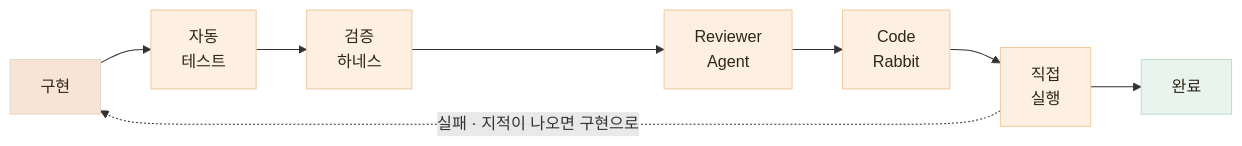
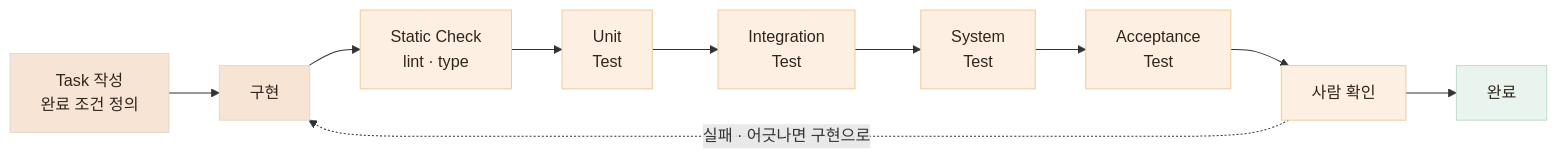
One commit to Jinacker/PortFolio changed the first of 2 diagrams in public/mds/ai-workflow/verify.md. Above: the diagram before and after it, drawn with Mermaid. The commit also changed other lines of this file and 1 other file, not shown here.

First line of the commit message:
[DOCS] AI 검증 문서를 소프트웨어 테스트 단계 중심으로 재구성

````diff
--- a/public/mds/ai-workflow/verify.md
+++ b/public/mds/ai-workflow/verify.md
@@ -16,13 +16,15 @@
 ```mermaid
 flowchart LR
-    I["구현"] --> T["자동<br/>테스트"] --> H["검증<br/>하네스"] --> RV["Reviewer<br/>Agent"] --> CR["Code<br/>Rabbit"] --> RUN["직접<br/>실행"] --> DONE["완료"]
-    RUN -.->|"실패 · 지적이 나오면 구현으로"| I
+    T["Task 작성<br/>완료 조건 정의"] --> I["구현"] --> ST["Static Check<br/>lint · type"] --> U["Unit<br/>Test"] --> IT["Integration<br/>Test"] --> SY["System<br/>Test"] --> AC["Acceptance<br/>Test"] --> HM["사람 확인"] --> DONE["완료"]
+    HM -.->|"실패 · 어긋나면 구현으로"| I
 
+    style T fill:#F7E4D5,stroke:#E4D8C6,color:#2E251C
     style I fill:#F7E4D5,stroke:#E4D8C6,color:#2E251C
-    style T fill:#FDF0E2,stroke:#EFCB9E,color:#2E251C
-    style H fill:#FDF0E2,stroke:#EFCB9E,color:#2E251C
-    style RV fill:#FDF0E2,stroke:#EFCB9E,color:#2E251C
-    style CR fill:#FDF0E2,stroke:#EFCB9E,color:#2E251C
-    style RUN fill:#FDF0E2,stroke:#EFCB9E,color:#2E251C
+    style ST fill:#FDF0E2,stroke:#EFCB9E,color:#2E251C
+    style U fill:#FDF0E2,stroke:#EFCB9E,color:#2E251C
+    style IT fill:#FDF0E2,stroke:#EFCB9E,color:#2E251C
+    style SY fill:#FDF0E2,stroke:#EFCB9E,color:#2E251C
+    style AC fill:#FDF0E2,stroke:#EFCB9E,color:#2E251C
+    style HM fill:#FDF0E2,stroke:#EFCB9E,color:#2E251C
     style DONE fill:#EAF4EE,stroke:#BFDCCB,color:#2E251C
 ```
````
